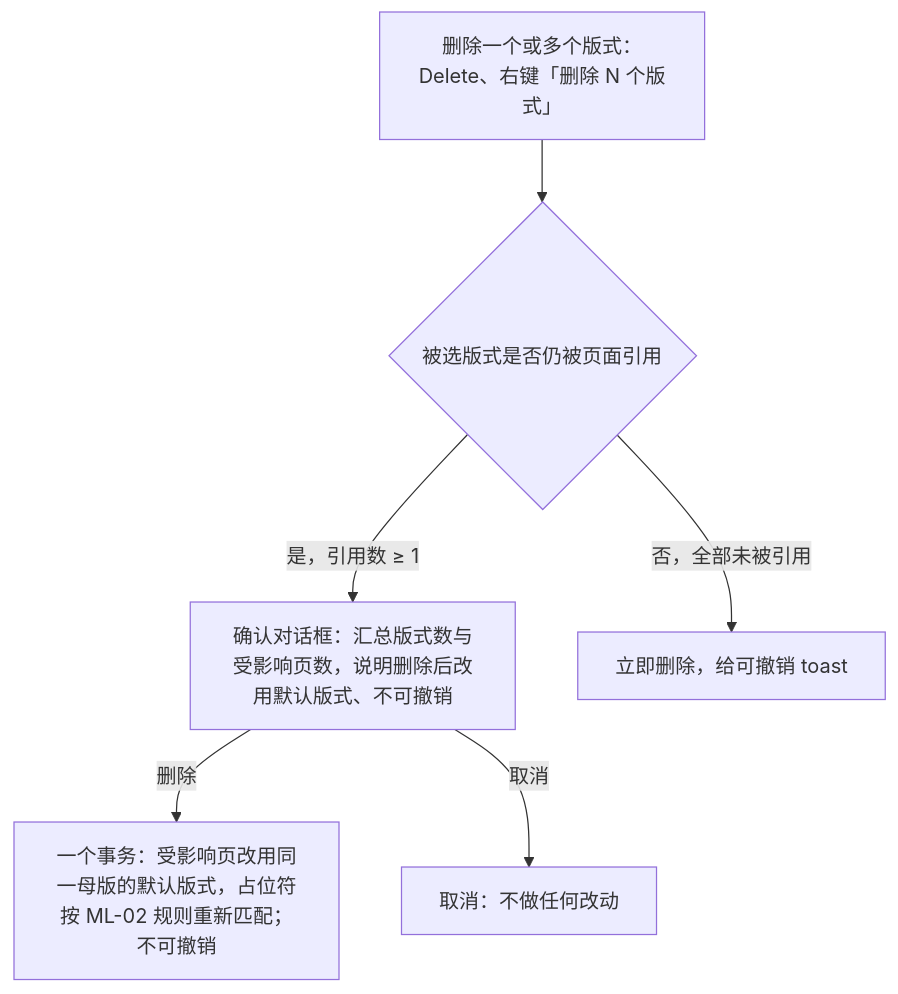
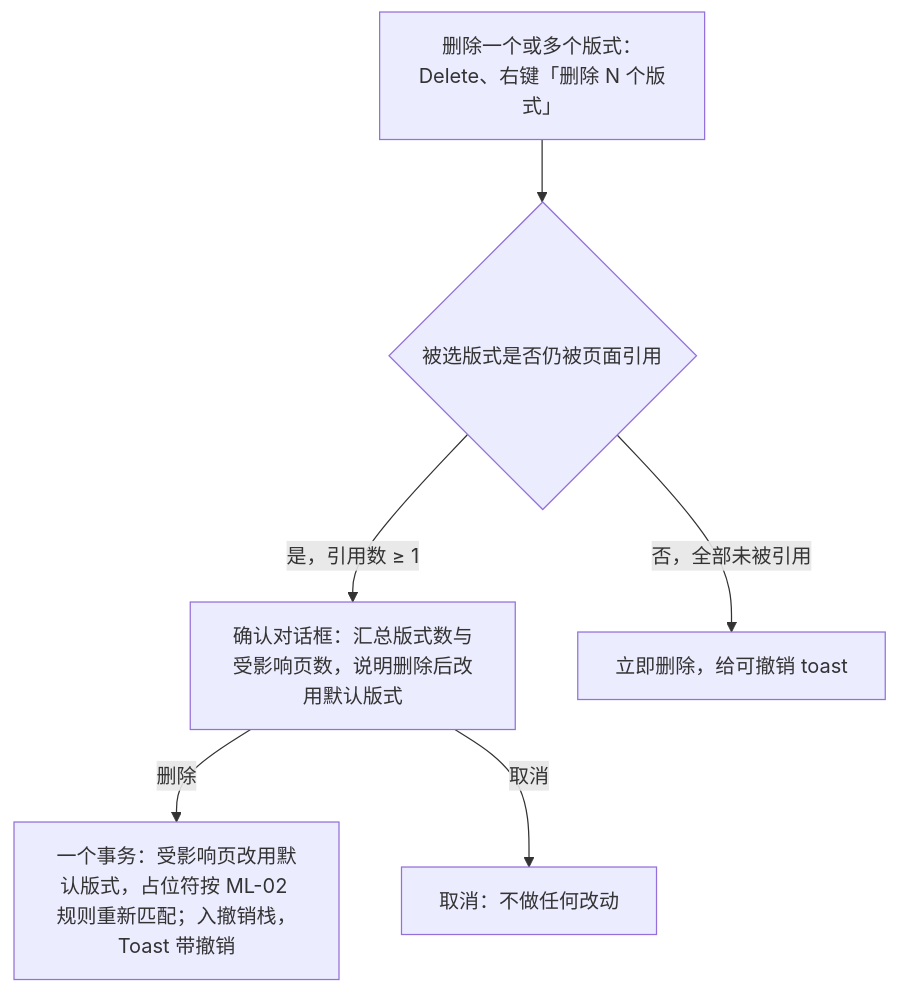
The fourth of 4 diagrams in docs/10-prd/03-features/07-masters-layouts-and-themes.md (Xeonice/cordis-ppt-editor), drawn with Mermaid before and after one commit. The commit also changed other lines of this file and 59 other files, not shown here.

````diff
--- a/docs/10-prd/03-features/07-masters-layouts-and-themes.md
+++ b/docs/10-prd/03-features/07-masters-layouts-and-themes.md
@@ -168,14 +170,14 @@
 ```mermaid
 flowchart TB
   del["删除一个或多个版式：Delete、右键「删除 N 个版式」"]
   q{"被选版式是否仍被页面引用"}
-  confirm["确认对话框：汇总版式数与受影响页数，说明删除后改用默认版式、不可撤销"]
+  confirm["确认对话框：汇总版式数与受影响页数，说明删除后改用默认版式"]
   cancel["取消：不做任何改动"]
-  apply["一个事务：受影响页改用同一母版的默认版式，占位符按 ML-02 规则重新匹配；不可撤销"]
+  apply["一个事务：受影响页改用默认版式，占位符按 ML-02 规则重新匹配；入撤销栈，Toast 带撤销"]
   now["立即删除，给可撤销 toast"]
   del --> q
   q -->|"是，引用数 ≥ 1"| confirm
   confirm -->|"删除"| apply
   confirm -->|"取消"| cancel
   q -->|"否，全部未被引用"| now
 ```
````
